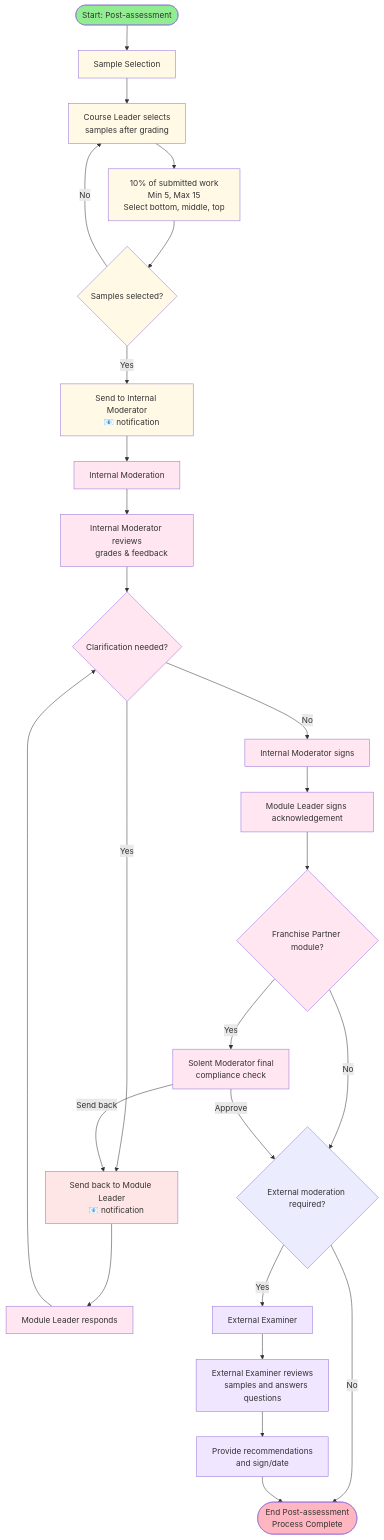
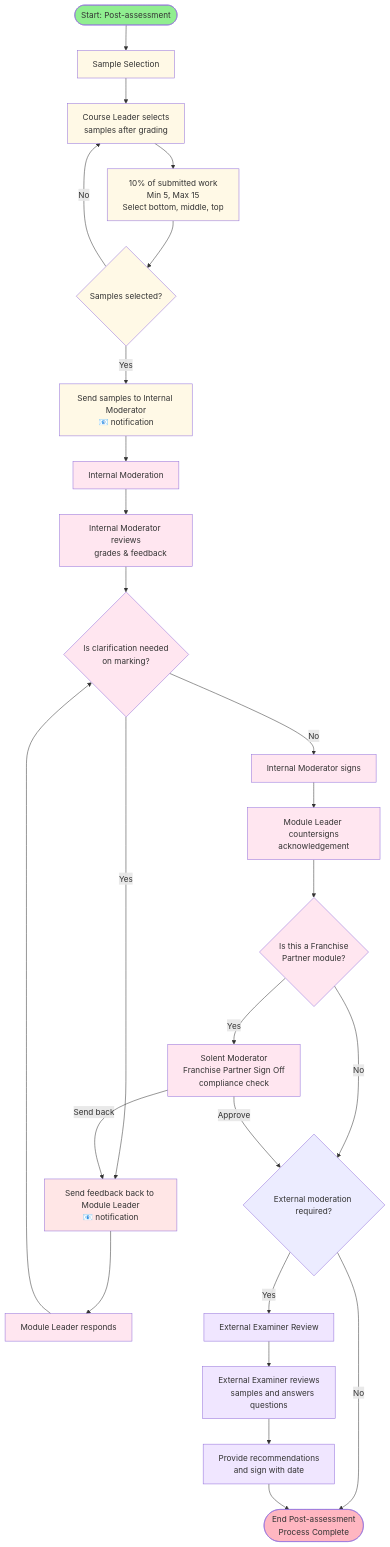
Before and after one commit to martinsolent/mod_prototype: the second of 2 diagrams in flow_chart/mod_flow_chart.md, drawn with Mermaid. The commit also changed other lines of this file, not shown here.

Commit message:
Expand abbreviated labels in flowchart for clarity

````diff
--- a/flow_chart/mod_flow_chart.md
+++ b/flow_chart/mod_flow_chart.md
@@ -32,51 +31,47 @@
 ```mermaid
 flowchart TD
     %% Workflow B: Post-assessment (after grading)
     StartB([Start: Post-assessment]) --> SS[Sample Selection]
     
     SS --> SS1[Course Leader selects
     samples after grading]
     SS1 --> SS2[10% of submitted work<br/>Min 5, Max 15<br/>Select bottom, middle, top]
     SS2 --> SS3{Samples selected?}
     SS3 -->|No| SS1
-    SS3 -->|Yes| SS4[Send to Internal Moderator
-    📧 notification]
+    SS3 -->|Yes| SS4[Send samples to Internal Moderator<br/>📧 notification]
     SS4 --> IM[Internal Moderation]
     
     IM --> IM1[Internal Moderator reviews
     grades & feedback]
-    IM1 --> IM2{Clarification needed?}
-    IM2 -->|Yes| IM3[Send back to Module Leader
-    📧 notification]
+    IM1 --> IM2{Is clarification needed<br/>on marking?}
+    IM2 -->|Yes| IM3[Send feedback back to Module Leader<br/>📧 notification]
     IM3 --> IM4[Module Leader responds]
     IM4 --> IM2
     IM2 -->|No| IM5[Internal Moderator signs]
-    IM5 --> IM6[Module Leader signs acknowledgement]
-    IM6 --> IM7{Franchise Partner module?}
+    IM5 --> IM6[Module Leader countersigns<br/>acknowledgement]
+    IM6 --> IM7{Is this a Franchise<br/>Partner module?}
     IM7 -->|No| IM8{External moderation required?}
-    IM7 -->|Yes| IMFP[Solent Moderator final
-    compliance check]
+    IM7 -->|Yes| IMFP[Solent Moderator<br/>Franchise Partner Sign Off<br/>compliance check]
     IMFP -->|Send back| IM3
     IMFP -->|Approve| IM8{External moderation required?}
     
     IM8 -->|No| EndB([End Post-assessment<br/>Process Complete])
-    IM8 -->|Yes| EE[External Examiner]
+    IM8 -->|Yes| EE[External Examiner Review]
     EE --> EE1[External Examiner reviews
     samples and answers questions]
-    EE1 --> EE2[Provide recommendations
-    and sign/date]
+    EE1 --> EE2[Provide recommendations<br/>and sign with date]
     EE2 --> EndB
     
     classDef start fill:#90EE90
     classDef endNode fill:#FFB6C1
     classDef sample fill:#FFF9E6
     classDef mod fill:#FFE6F0
     classDef external fill:#F0E6FF
     classDef warn fill:#FFE6E6
     class StartB start
     class EndB endNode
     class SS,SS1,SS2,SS3,SS4 sample
     class IM,IM1,IM2,IM3,IM4,IM5,IM6,IM7,IMFP mod
     class EE,EE1,EE2 external
     class IM3 warn
 ```
````
